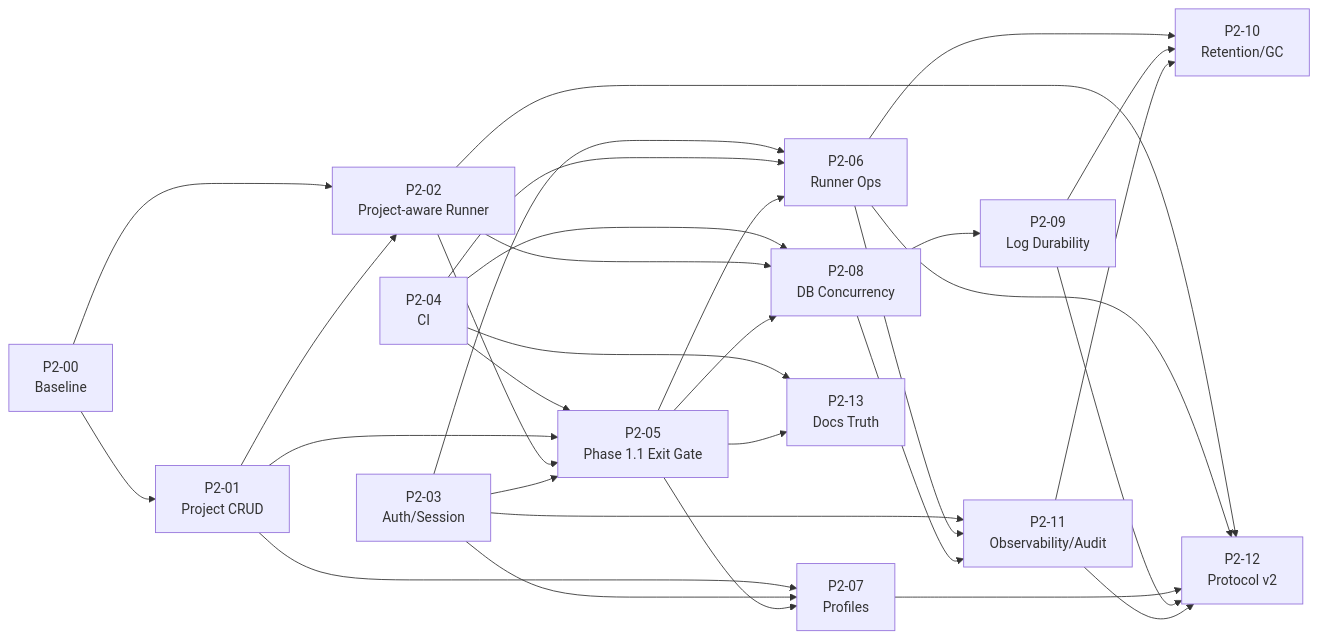
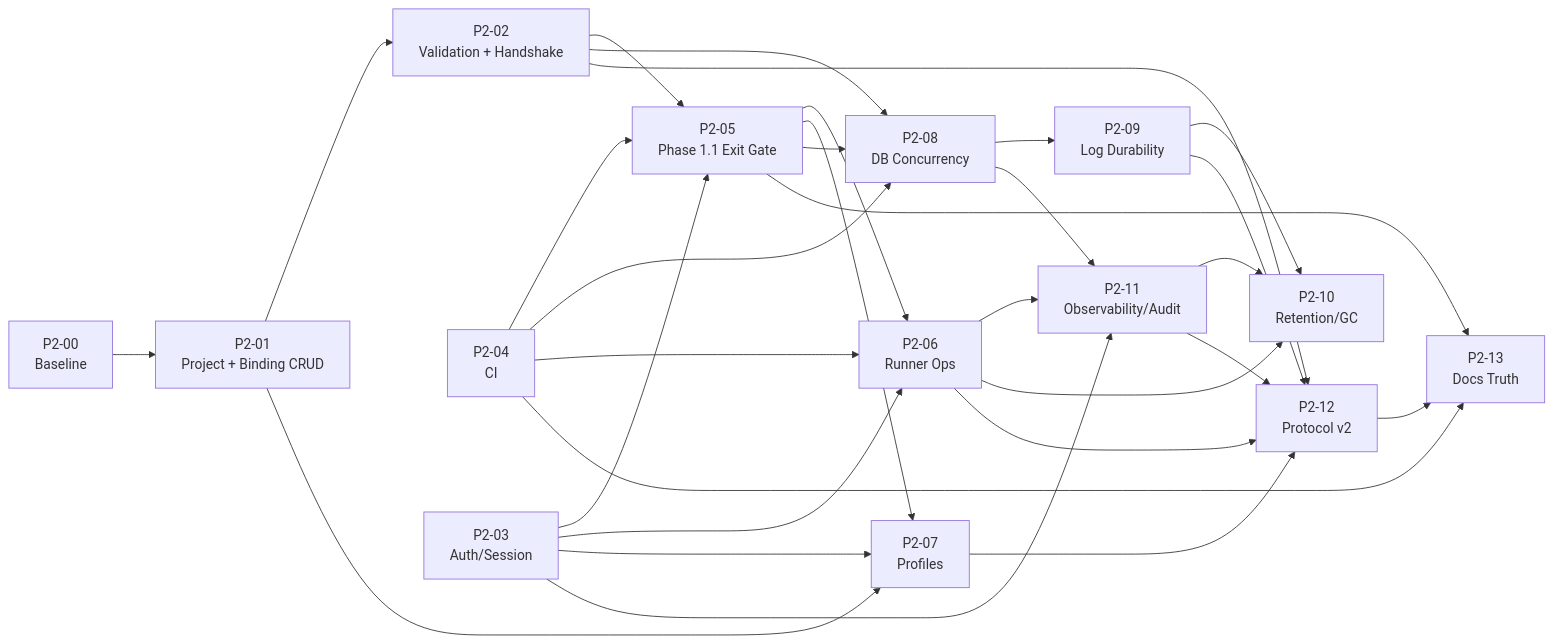
One commit to cloudyBird233/Haft changed the first of 10 diagrams in docs/phase-2-technical-roadmap.md. Above: the diagram before and after it, drawn with Mermaid. The commit also changed other lines of this file, not shown here.

Commit message:
docs: revise phase 2 architecture for repository handshake and log durability

````diff
--- a/docs/phase-2-technical-roadmap.md
+++ b/docs/phase-2-technical-roadmap.md
@@ -334,33 +352,32 @@
 ```mermaid
 flowchart LR
-  P200["P2-00<br/>Baseline"] --> P201["P2-01<br/>Project CRUD"]
-  P200 --> P202["P2-02<br/>Project-aware Runner"]
-  P204["P2-04<br/>CI"] --> P205["P2-05<br/>Phase 1.1 Exit Gate"]
-  P201 --> P202
-  P201 --> P205
-  P202 --> P205
+  P200["P2-00<br/>Baseline"] --> P201["P2-01<br/>Project + Binding CRUD"]
+  P201 --> P202["P2-02<br/>Validation + Handshake"]
+  P202 --> P205["P2-05<br/>Phase 1.1 Exit Gate"]
+  P204["P2-04<br/>CI"] --> P205
   P203["P2-03<br/>Auth/Session"] --> P205
   P204 --> P208["P2-08<br/>DB Concurrency"]
   P202 --> P208
   P208 --> P209["P2-09<br/>Log Durability"]
   P203 --> P206["P2-06<br/>Runner Ops"]
   P204 --> P206
   P205 --> P206
   P201 --> P207["P2-07<br/>Profiles"]
   P203 --> P207
   P205 --> P207
   P205 --> P208
   P203 --> P211["P2-11<br/>Observability/Audit"]
   P206 --> P211
   P208 --> P211
-  P206 --> P210
-  P209 --> P210["P2-10<br/>Retention/GC"]
+  P206 --> P210["P2-10<br/>Retention/GC"]
+  P209 --> P210
   P211 --> P210
   P202 --> P212["P2-12<br/>Protocol v2"]
   P206 --> P212
   P207 --> P212
   P209 --> P212
   P211 --> P212
-  P204 --> P213
-  P205 --> P213["P2-13<br/>Docs Truth"]
+  P204 --> P213["P2-13<br/>Docs Truth"]
+  P205 --> P213
+  P212 --> P213
 ```
````
